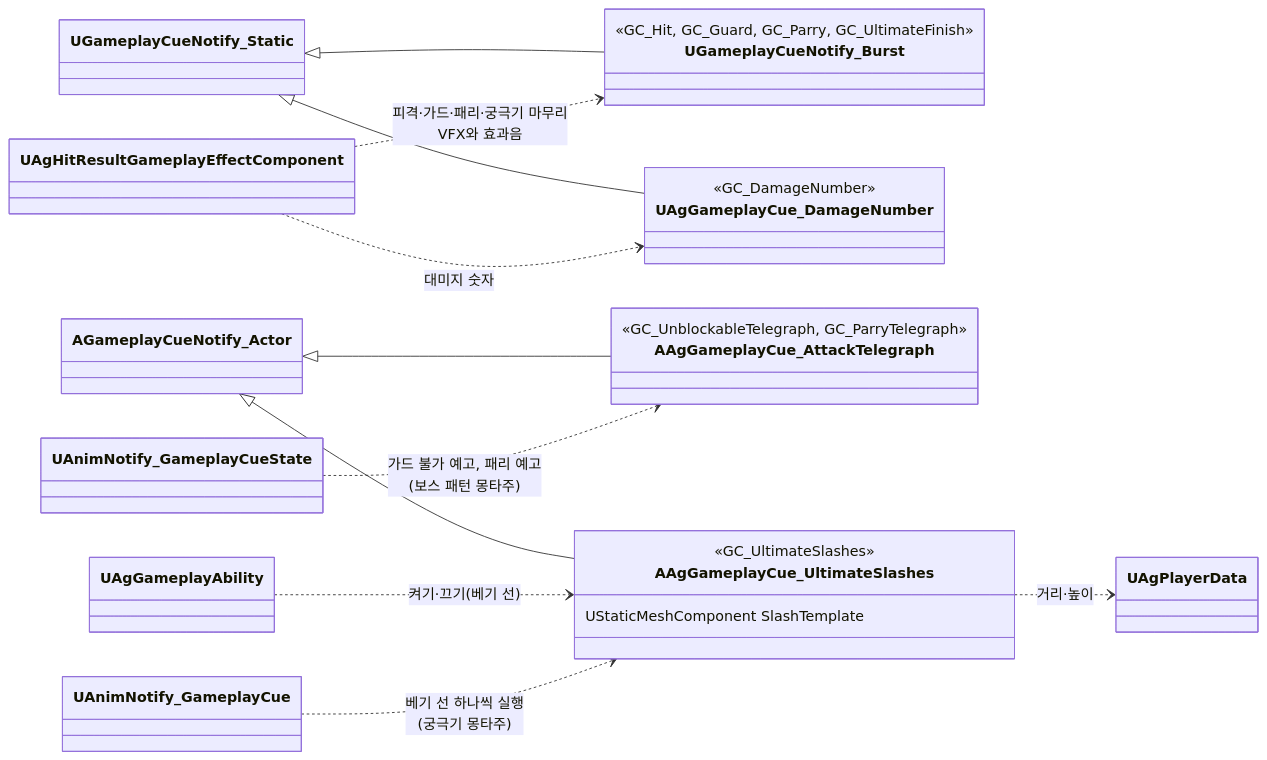
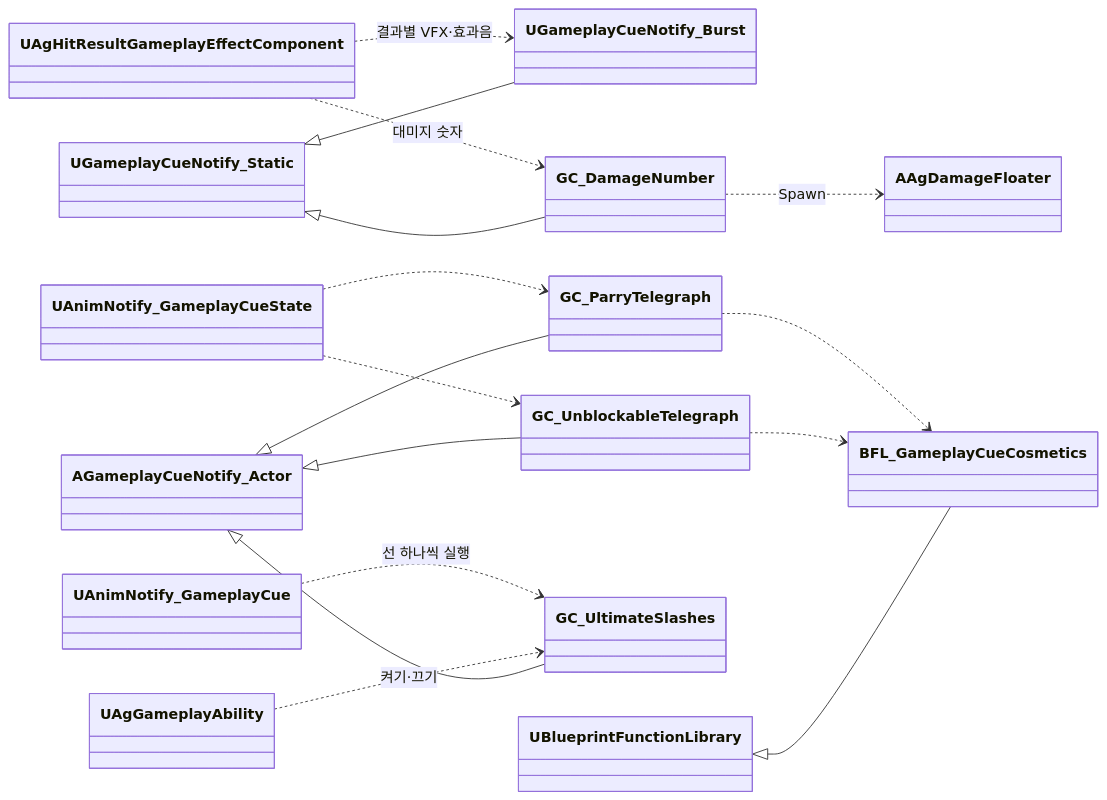
One commit to Woogl/Ag changed the second of 2 diagrams in Docs/Program/전투 규칙.md. Above: the diagram before and after it, drawn with Mermaid. The commit also changed other lines of this file and 26 other files, not shown here.

Commit message:
GameplayCue 코드 없애고 BP 에셋화

````diff
--- a/Docs/Program/전투 규칙.md
+++ b/Docs/Program/전투 규칙.md
@@ -56,28 +60,19 @@
 ```mermaid
 classDiagram
     direction LR
-    class UGameplayCueNotify_Burst {
-        <<GC_Hit, GC_Guard, GC_Parry, GC_UltimateFinish>>
-    }
-    class UAgGameplayCue_DamageNumber {
-        <<GC_DamageNumber>>
-    }
-    class AAgGameplayCue_AttackTelegraph {
-        <<GC_UnblockableTelegraph, GC_ParryTelegraph>>
-    }
-    class AAgGameplayCue_UltimateSlashes {
-        <<GC_UltimateSlashes>>
-        UStaticMeshComponent SlashTemplate
-    }
     UGameplayCueNotify_Static <|-- UGameplayCueNotify_Burst
-    UGameplayCueNotify_Static <|-- UAgGameplayCue_DamageNumber
-    AGameplayCueNotify_Actor <|-- AAgGameplayCue_AttackTelegraph
-    AGameplayCueNotify_Actor <|-- AAgGameplayCue_UltimateSlashes
-
-    UAgHitResultGameplayEffectComponent ..> UGameplayCueNotify_Burst : 피격·가드·패리·궁극기 마무리<br>VFX와 효과음
-    UAgHitResultGameplayEffectComponent ..> UAgGameplayCue_DamageNumber : 대미지 숫자
-    UAnimNotify_GameplayCueState ..> AAgGameplayCue_AttackTelegraph : 가드 불가 예고, 패리 예고<br>(보스 패턴 몽타주)
-    UAgGameplayAbility ..> AAgGameplayCue_UltimateSlashes : 켜기·끄기(베기 선)
-    UAnimNotify_GameplayCue ..> AAgGameplayCue_UltimateSlashes : 베기 선 하나씩 실행<br>(궁극기 몽타주)
-    AAgGameplayCue_UltimateSlashes ..> UAgPlayerData : 거리·높이
+    UGameplayCueNotify_Static <|-- GC_DamageNumber
+    AGameplayCueNotify_Actor <|-- GC_UnblockableTelegraph
+    AGameplayCueNotify_Actor <|-- GC_ParryTelegraph
+    AGameplayCueNotify_Actor <|-- GC_UltimateSlashes
+    UBlueprintFunctionLibrary <|-- BFL_GameplayCueCosmetics
+    GC_UnblockableTelegraph ..> BFL_GameplayCueCosmetics
+    GC_ParryTelegraph ..> BFL_GameplayCueCosmetics
+    UAgHitResultGameplayEffectComponent ..> UGameplayCueNotify_Burst : 결과별 VFX·효과음
+    UAgHitResultGameplayEffectComponent ..> GC_DamageNumber : 대미지 숫자
+    GC_DamageNumber ..> AAgDamageFloater : Spawn
+    UAnimNotify_GameplayCueState ..> GC_UnblockableTelegraph
+    UAnimNotify_GameplayCueState ..> GC_ParryTelegraph
+    UAgGameplayAbility ..> GC_UltimateSlashes : 켜기·끄기
+    UAnimNotify_GameplayCue ..> GC_UltimateSlashes : 선 하나씩 실행
 ```
````
